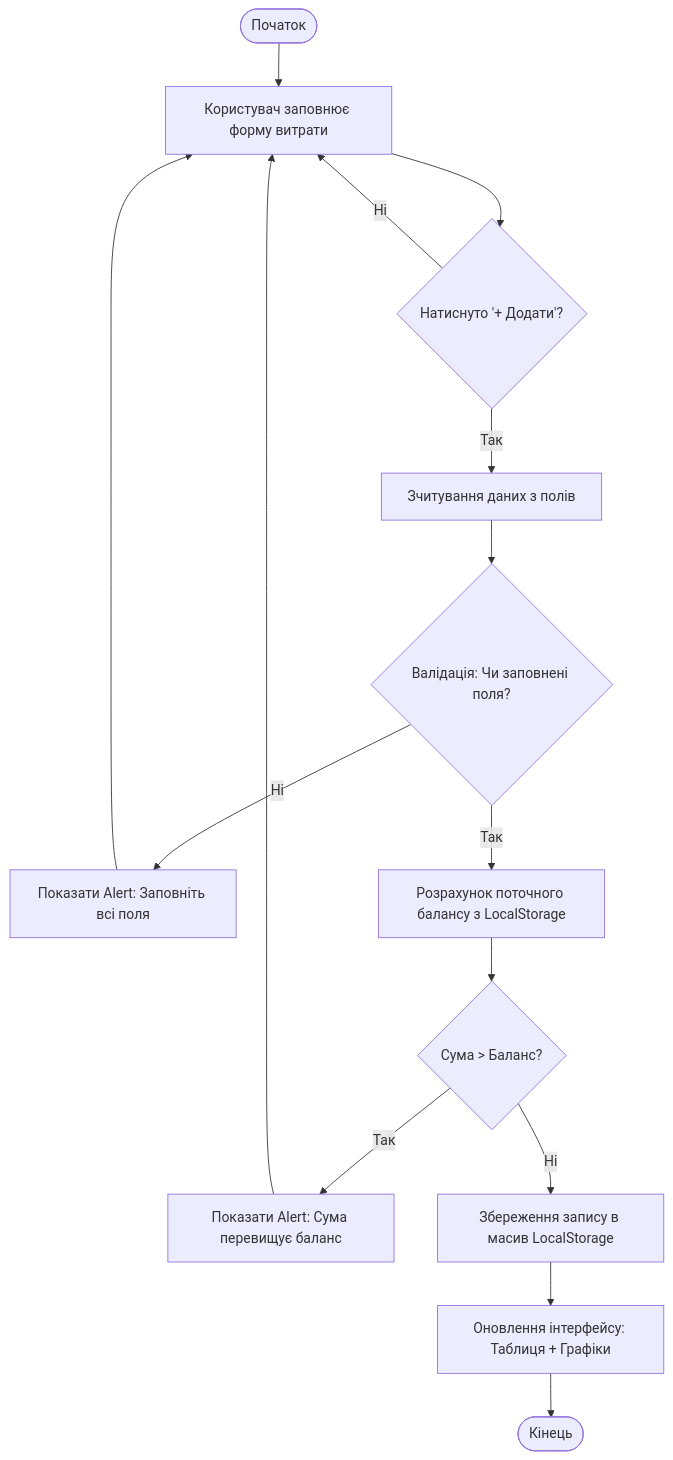
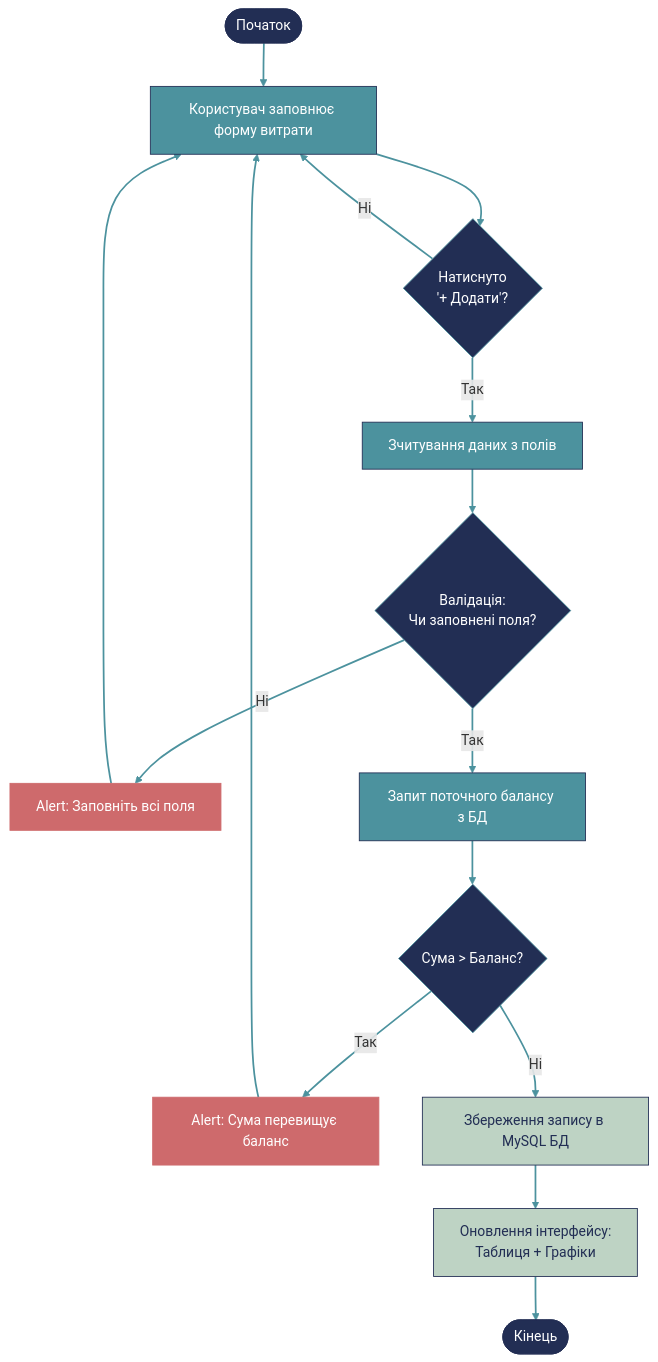
The diagram in DIAGRAMS.md (UA-VSADNIK/CoinKeeper), drawn with Mermaid before and after one commit. The commit also changed other lines of this file, not shown here.

````diff
--- a/DIAGRAMS.md
+++ b/DIAGRAMS.md
@@ -1,17 +1,40 @@
 ```mermaid
 graph TD
     A([Початок]) --> B[Користувач заповнює форму витрати]
-    B --> C{Натиснуто '+ Додати'?}
+    B --> C{Натиснуто<br>'+ Додати'?}
     C -- Ні --> B
     C -- Так --> D[Зчитування даних з полів]
-    D --> E{Валідація: Чи заповнені поля?}
-    E -- Ні --> F[Показати Alert: Заповніть всі поля]
+    D --> E{Валідація:<br>Чи заповнені поля?}
+    
+    E -- Ні --> F[Alert: Заповніть всі поля]
     F --> B
-    E -- Так --> G[Розрахунок поточного балансу з LocalStorage]
+    
+    E -- Так --> G[Запит поточного балансу з БД]
     G --> H{Сума > Баланс?}
-    H -- Так --> I[Показати Alert: Сума перевищує баланс]
+    
+    H -- Так --> I[Alert: Сума перевищує баланс]
     I --> B
-    H -- Ні --> J[Збереження запису в масив LocalStorage]
-    J --> L[Оновлення інтерфейсу: Таблиця + Графіки]
+    
+    H -- Ні --> J[Збереження запису в MySQL БД]
+    J --> L[Оновлення інтерфейсу:<br>Таблиця + Графіки]
     L --> M([Кінець])
+
+    %% Стилізація під кольори CoinKeeper
+    style A fill:#222e54,stroke:#222e54,color:#fff
+    style M fill:#222e54,stroke:#222e54,color:#fff
+    style B fill:#4c929e,stroke:#222e54,color:#fff
+    style D fill:#4c929e,stroke:#222e54,color:#fff
+    style G fill:#4c929e,stroke:#222e54,color:#fff
+    style L fill:#bed3c4,stroke:#222e54,color:#222e54
+    style J fill:#bed3c4,stroke:#222e54,color:#222e54
+    
+    style C fill:#222e54,stroke:#4c929e,color:#fff
+    style E fill:#222e54,stroke:#4c929e,color:#fff
+    style H fill:#222e54,stroke:#4c929e,color:#fff
+    
+    style F fill:#ce6a6c,stroke:#ce6a6c,color:#fff
+    style I fill:#ce6a6c,stroke:#ce6a6c,color:#fff
+
+    %% Кольори стрілок
+    linkStyle default stroke:#4c929e,stroke-width:2px;
 ```
````
